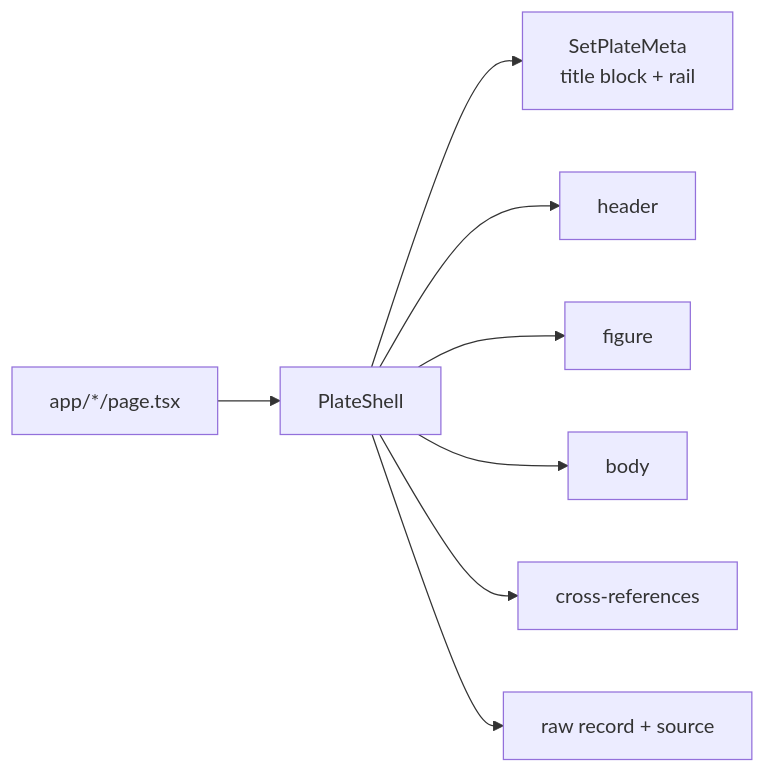
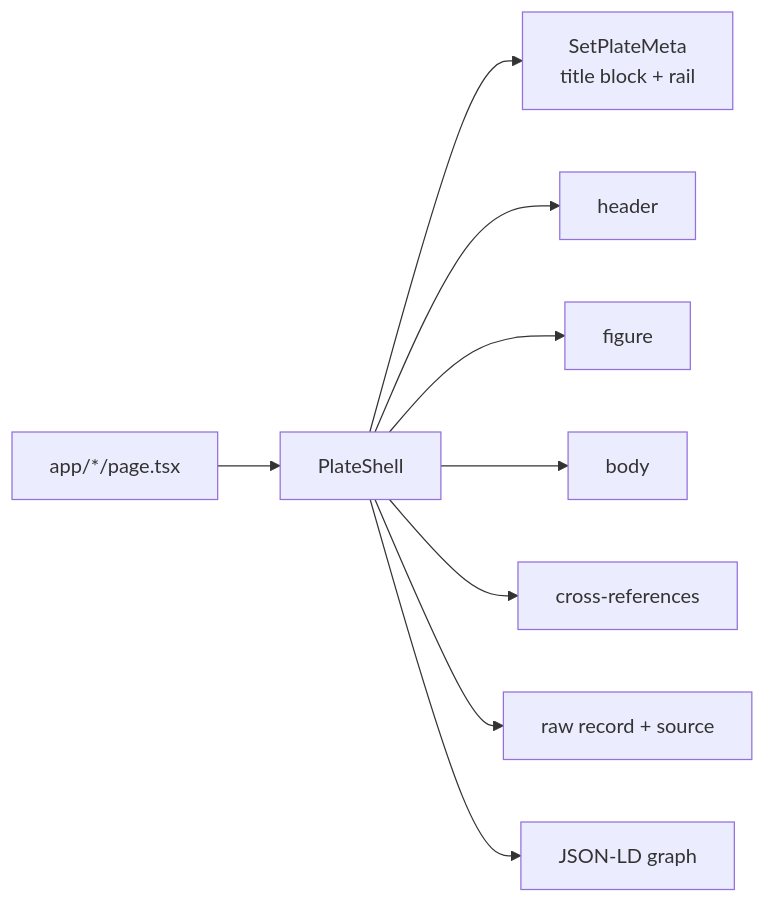
Before and after one commit to ax5hay/akshaybajpai.com: the fourth of 6 diagrams in README.md, drawn with Mermaid. The commit also changed other lines of this file and 1 other file, not shown here.

````diff
--- a/README.md
+++ b/README.md
@@ -806,10 +809,11 @@
 ```mermaid
 flowchart LR
   ROUTE["app/*/page.tsx"] --> SHELL["PlateShell"]
   SHELL --> META["SetPlateMeta<br/>title block + rail"]
   SHELL --> HEAD["header"]
   SHELL --> FIG["figure"]
   SHELL --> BODY["body"]
   SHELL --> REFS["cross-references"]
   SHELL --> RAW["raw record + source"]
+  SHELL --> LD["JSON-LD graph"]
 ```
````
